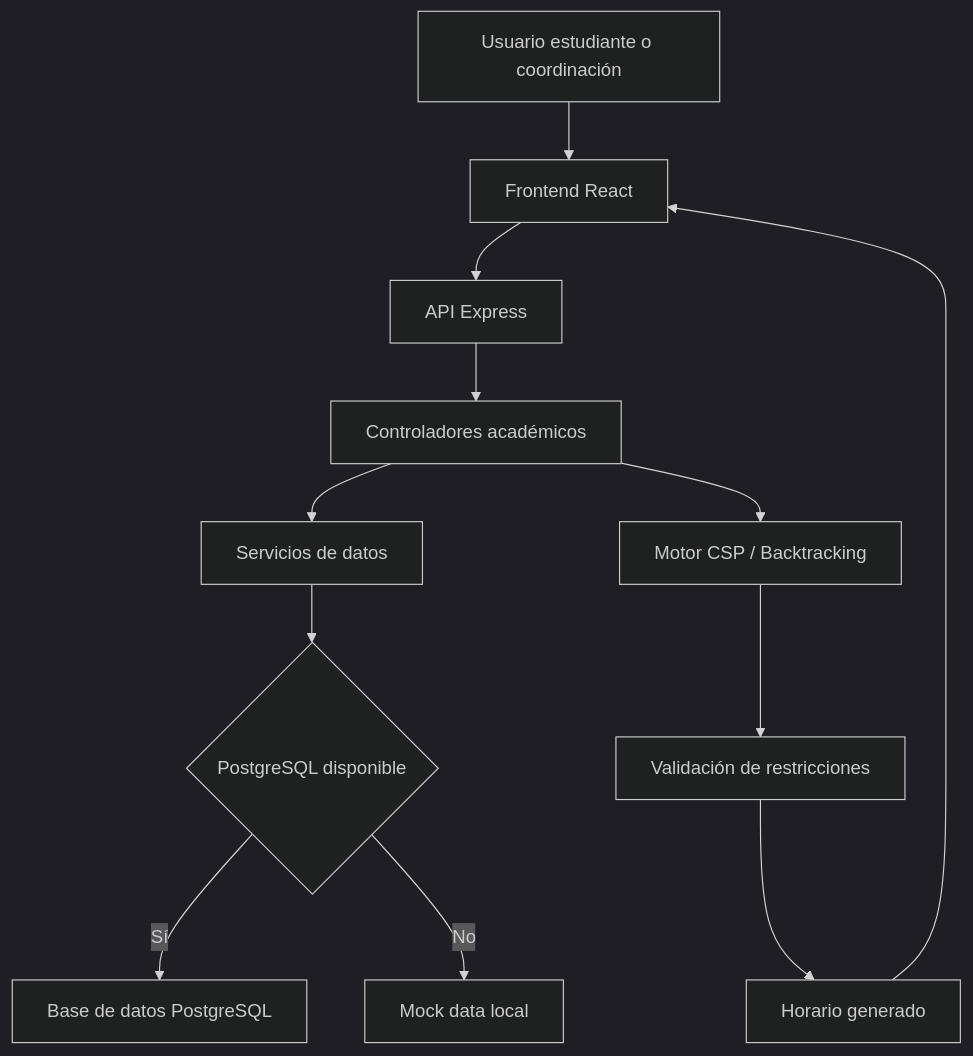
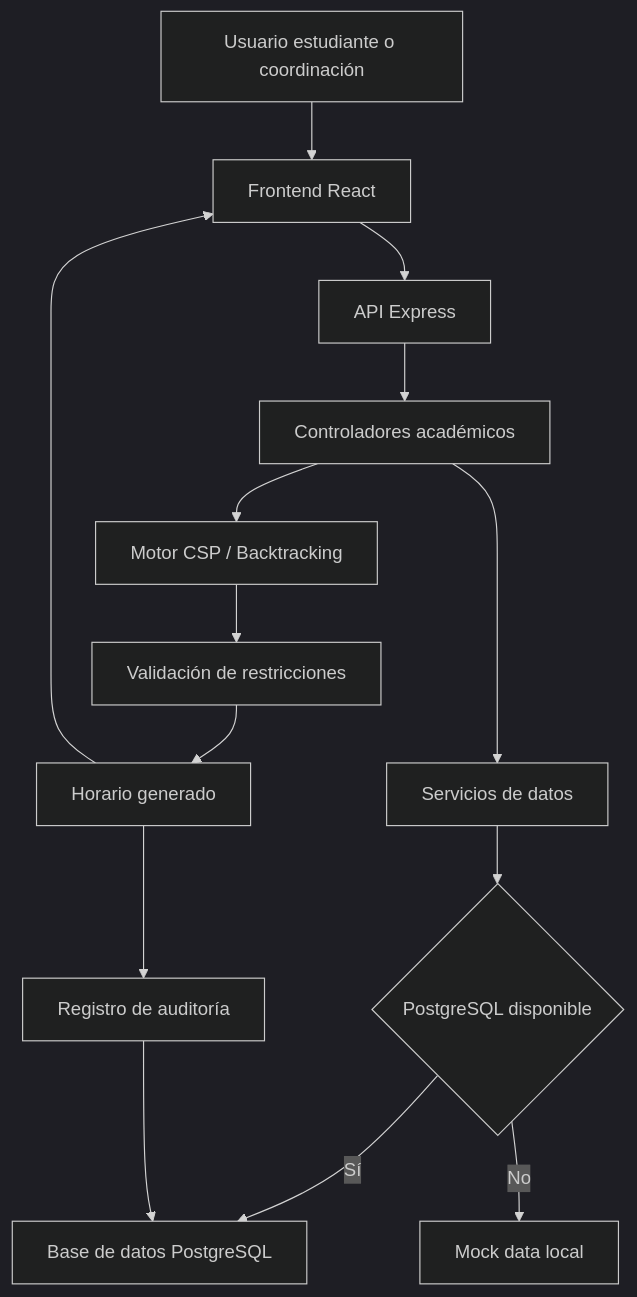
One commit to Franki12341/Taller_de_Proyectos_2 changed the first of 2 diagrams in docs/21_evidencias_validacion_tdd_mvp.md. Above: the diagram before and after it, drawn with Mermaid (dark theme). The commit also changed other lines of this file, not shown here.

````diff
--- a/docs/21_evidencias_validacion_tdd_mvp.md
+++ b/docs/21_evidencias_validacion_tdd_mvp.md
@@ -67,14 +71,16 @@
 ```mermaid
 flowchart TD
     A[Usuario estudiante o coordinación] --> B[Frontend React]
     B --> C[API Express]
     C --> D[Controladores académicos]
     D --> E[Servicios de datos]
     E --> F{PostgreSQL disponible}
     F -->|Sí| G[Base de datos PostgreSQL]
     F -->|No| H[Mock data local]
     D --> I[Motor CSP / Backtracking]
     I --> J[Validación de restricciones]
     J --> K[Horario generado]
+    K --> L[Registro de auditoría]
+    L --> G
     K --> B
 ```
````
